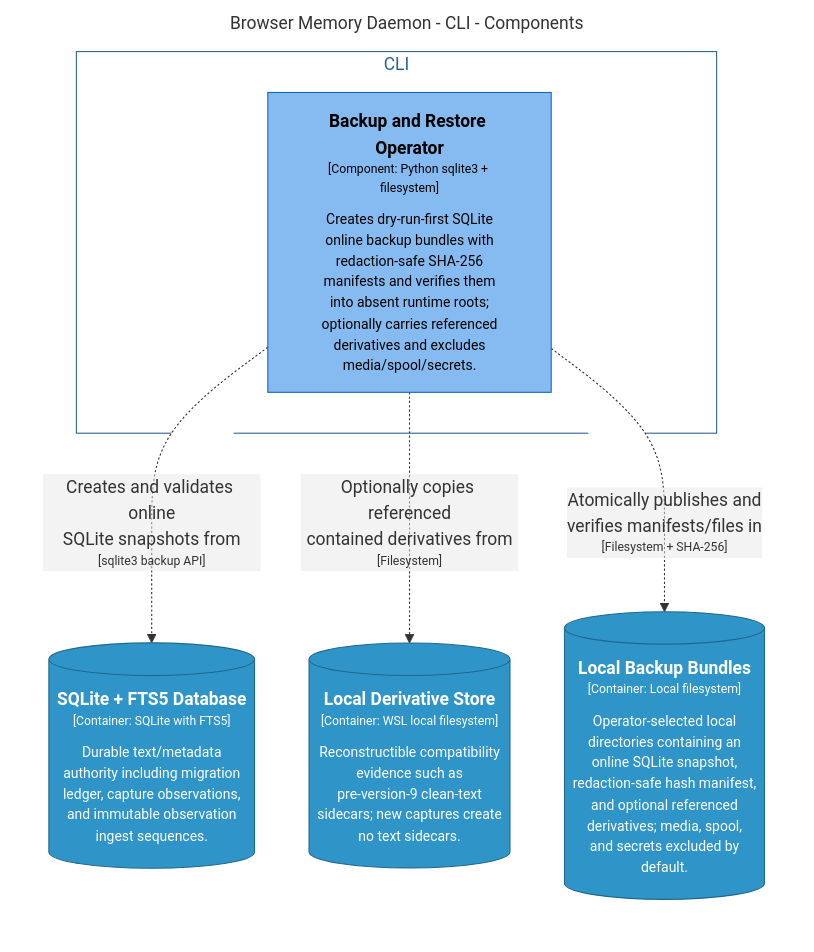
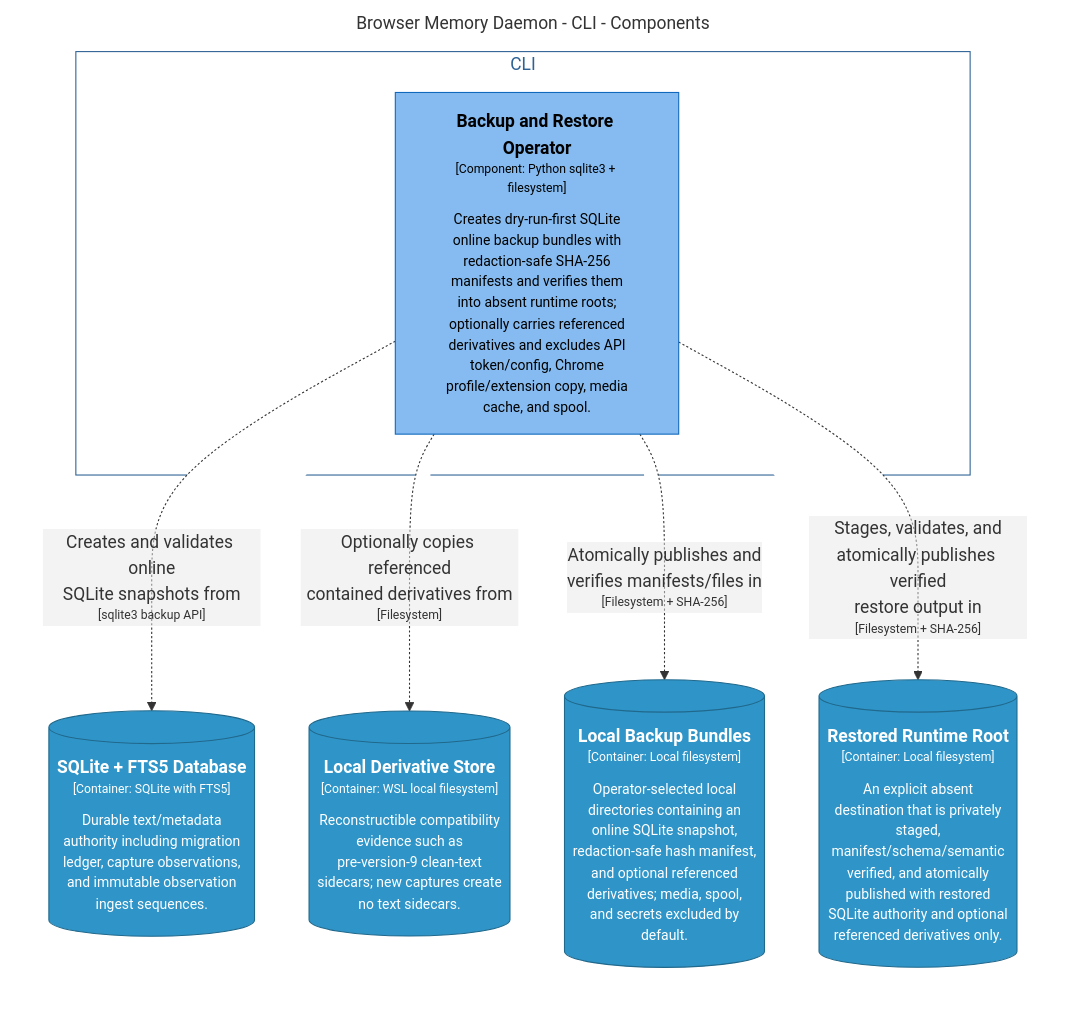
Before and after one commit to michaelnicks0/browser-memory-daemon: the diagram in docs/architecture/diagrams/markdown/CliBackupRestoreComponents.md, drawn with Mermaid. The commit also changed 269 other files, not shown here.

Commit message:
docs: reconcile late architecture audit findings

````diff
--- a/docs/architecture/diagrams/markdown/CliBackupRestoreComponents.md
+++ b/docs/architecture/diagrams/markdown/CliBackupRestoreComponents.md
@@ -16,26 +16,29 @@
 ```mermaid
 graph LR
   linkStyle default fill:#ffffff
 
   subgraph diagram ["Browser Memory Daemon - CLI - Components"]
     style diagram fill:#ffffff,stroke:#ffffff
 
-    49[("<div style='font-weight: bold'>SQLite + FTS5 Database</div><div style='font-size: 70%; margin-top: 0px'>[Container: SQLite with FTS5]</div><div style='font-size: 80%; margin-top:10px'>Durable text/metadata<br />authority including migration<br />ledger, capture observations,<br />and immutable observation<br />ingest sequences.</div>")]
-    style 49 fill:#2f95c8,stroke:#20688c,color:#ffffff
-    50[("<div style='font-weight: bold'>Local Derivative Store</div><div style='font-size: 70%; margin-top: 0px'>[Container: WSL local filesystem]</div><div style='font-size: 80%; margin-top:10px'>Reconstructible compatibility<br />evidence such as<br />pre-version-9 clean-text<br />sidecars; new captures create<br />no text sidecars.</div>")]
-    style 50 fill:#2f95c8,stroke:#20688c,color:#ffffff
-    53[("<div style='font-weight: bold'>Local Backup Bundles</div><div style='font-size: 70%; margin-top: 0px'>[Container: Local filesystem]</div><div style='font-size: 80%; margin-top:10px'>Operator-selected local<br />directories containing an<br />online SQLite snapshot,<br />redaction-safe hash manifest,<br />and optional referenced<br />derivatives; media, spool,<br />and secrets excluded by<br />default.</div>")]
-    style 53 fill:#2f95c8,stroke:#20688c,color:#ffffff
+    57[("<div style='font-weight: bold'>SQLite + FTS5 Database</div><div style='font-size: 70%; margin-top: 0px'>[Container: SQLite with FTS5]</div><div style='font-size: 80%; margin-top:10px'>Durable text/metadata<br />authority including migration<br />ledger, capture observations,<br />and immutable observation<br />ingest sequences.</div>")]
+    style 57 fill:#2f95c8,stroke:#20688c,color:#ffffff
+    58[("<div style='font-weight: bold'>Local Derivative Store</div><div style='font-size: 70%; margin-top: 0px'>[Container: WSL local filesystem]</div><div style='font-size: 80%; margin-top:10px'>Reconstructible compatibility<br />evidence such as<br />pre-version-9 clean-text<br />sidecars; new captures create<br />no text sidecars.</div>")]
+    style 58 fill:#2f95c8,stroke:#20688c,color:#ffffff
+    61[("<div style='font-weight: bold'>Local Backup Bundles</div><div style='font-size: 70%; margin-top: 0px'>[Container: Local filesystem]</div><div style='font-size: 80%; margin-top:10px'>Operator-selected local<br />directories containing an<br />online SQLite snapshot,<br />redaction-safe hash manifest,<br />and optional referenced<br />derivatives; media, spool,<br />and secrets excluded by<br />default.</div>")]
+    style 61 fill:#2f95c8,stroke:#20688c,color:#ffffff
+    62[("<div style='font-weight: bold'>Restored Runtime Root</div><div style='font-size: 70%; margin-top: 0px'>[Container: Local filesystem]</div><div style='font-size: 80%; margin-top:10px'>An explicit absent<br />destination that is privately<br />staged,<br />manifest/schema/semantic<br />verified, and atomically<br />published with restored<br />SQLite authority and optional<br />referenced derivatives only.</div>")]
+    style 62 fill:#2f95c8,stroke:#20688c,color:#ffffff
 
-    subgraph 47 ["CLI"]
-      style 47 fill:#ffffff,stroke:#2e6295,color:#2e6295
+    subgraph 51 ["CLI"]
+      style 51 fill:#ffffff,stroke:#2e6295,color:#2e6295
 
-      48["<div style='font-weight: bold'>Backup and Restore Operator</div><div style='font-size: 70%; margin-top: 0px'>[Component: Python sqlite3 + filesystem]</div><div style='font-size: 80%; margin-top:10px'>Creates dry-run-first SQLite<br />online backup bundles with<br />redaction-safe SHA-256<br />manifests and verifies them<br />into absent runtime roots;<br />optionally carries referenced<br />derivatives and excludes<br />media/spool/secrets.</div>"]
-      style 48 fill:#85bbf0,stroke:#1168bd,color:#000000
+      56["<div style='font-weight: bold'>Backup and Restore Operator</div><div style='font-size: 70%; margin-top: 0px'>[Component: Python sqlite3 + filesystem]</div><div style='font-size: 80%; margin-top:10px'>Creates dry-run-first SQLite<br />online backup bundles with<br />redaction-safe SHA-256<br />manifests and verifies them<br />into absent runtime roots;<br />optionally carries referenced<br />derivatives and excludes API<br />token/config, Chrome<br />profile/extension copy, media<br />cache, and spool.</div>"]
+      style 56 fill:#85bbf0,stroke:#1168bd,color:#000000
     end
 
-    48-. "<div>Creates and validates online<br />SQLite snapshots from</div><div style='font-size: 70%'>[sqlite3 backup API]</div>" .->49
-    48-. "<div>Optionally copies referenced<br />contained derivatives from</div><div style='font-size: 70%'>[Filesystem]</div>" .->50
-    48-. "<div>Atomically publishes and<br />verifies manifests/files in</div><div style='font-size: 70%'>[Filesystem + SHA-256]</div>" .->53
+    56-. "<div>Creates and validates online<br />SQLite snapshots from</div><div style='font-size: 70%'>[sqlite3 backup API]</div>" .->57
+    56-. "<div>Optionally copies referenced<br />contained derivatives from</div><div style='font-size: 70%'>[Filesystem]</div>" .->58
+    56-. "<div>Atomically publishes and<br />verifies manifests/files in</div><div style='font-size: 70%'>[Filesystem + SHA-256]</div>" .->61
+    56-. "<div>Stages, validates, and<br />atomically publishes verified<br />restore output in</div><div style='font-size: 70%'>[Filesystem + SHA-256]</div>" .->62
   end
 ```
````
